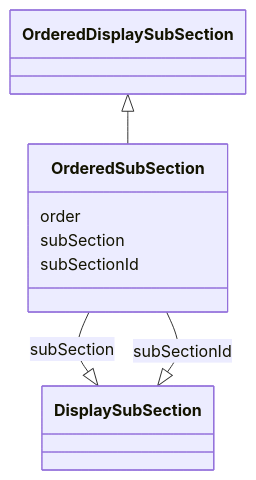
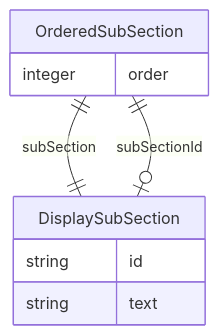
One commit to cdisc-org/analysis-results-standard changed the diagram in project/docs/OrderedSubSection.md. Above: the diagram before and after it, drawn with Mermaid. The commit also changed 131 other files, not shown here.

Commit message:
Add top-level diagram to documentation

````diff
--- a/project/docs/OrderedSubSection.md
+++ b/project/docs/OrderedSubSection.md
@@ -14,17 +13,14 @@
 ```mermaid
- classDiagram
-    class OrderedSubSection
-      OrderedDisplaySubSection <|-- OrderedSubSection
-      
-      OrderedSubSection : order
-        
-      OrderedSubSection : subSection
-        
-          OrderedSubSection --|> DisplaySubSection : subSection
-        
-      OrderedSubSection : subSectionId
-        
-          OrderedSubSection --|> DisplaySubSection : subSectionId
-        
-      
+erDiagram
+OrderedSubSection {
+    integer order  
+}
+DisplaySubSection {
+    string id  
+    string text  
+}
+
+OrderedSubSection ||--|| DisplaySubSection : "subSection"
+OrderedSubSection ||--|o DisplaySubSection : "subSectionId"
+
 ```
````
